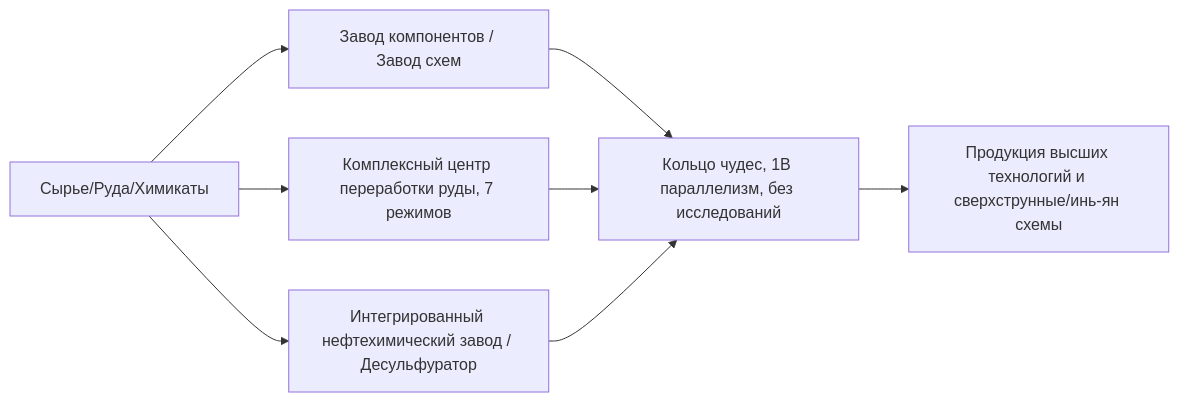
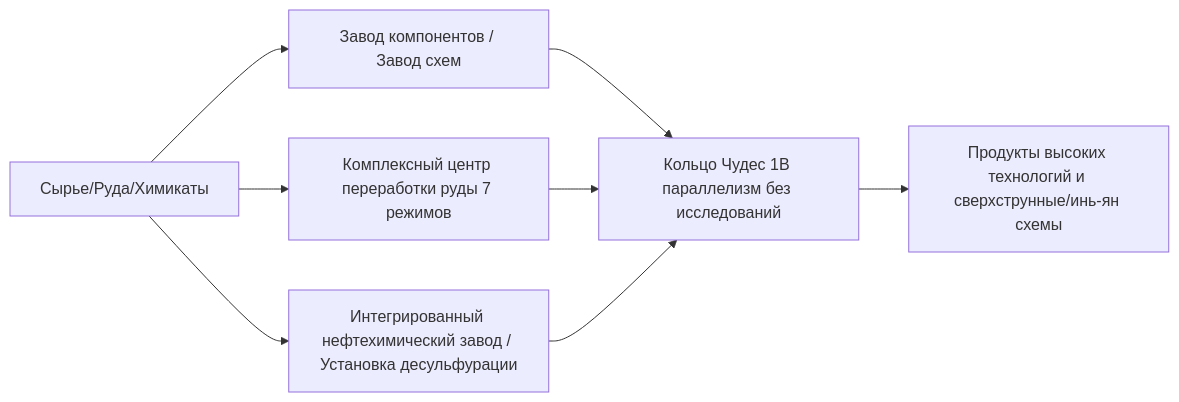
One commit to takanashisatou/GregtechEasy changed the diagram in docs/ru/gtecore/machines-and-multiblocks.md. Above: the diagram before and after it, drawn with Mermaid. The commit also changed other lines of this file and 138 other files, not shown here.

````diff
--- a/docs/ru/gtecore/machines-and-multiblocks.md
+++ b/docs/ru/gtecore/machines-and-multiblocks.md
@@ -27,8 +27,8 @@
 ```mermaid
 graph LR
     A[Сырье/Руда/Химикаты] --> B[Завод компонентов / Завод схем]
-    A --> C[Комплексный центр переработки руды, 7 режимов]
-    A --> D[Интегрированный нефтехимический завод / Десульфуратор]
-    B & C & D --> E[Кольцо чудес, 1B параллелизм, без исследований]
-    E --> F[Продукция высших технологий и сверхструнные/инь-ян схемы]
+    A --> C[Комплексный центр переработки руды 7 режимов]
+    A --> D[Интегрированный нефтехимический завод / Установка десульфурации]
+    B & C & D --> E[Кольцо Чудес 1B параллелизм без исследований]
+    E --> F[Продукты высоких технологий и сверхструнные/инь-ян схемы]
 ```
````
